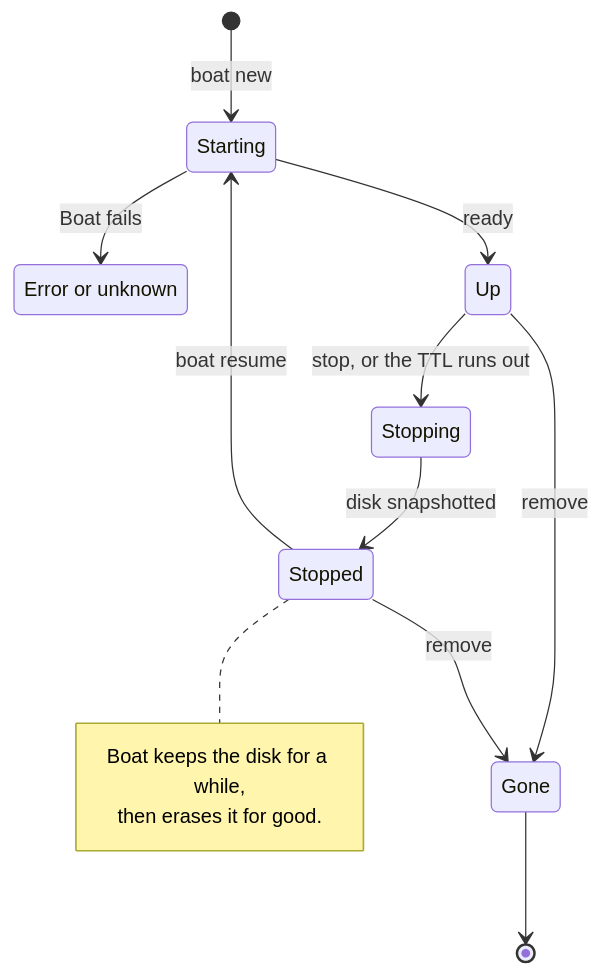
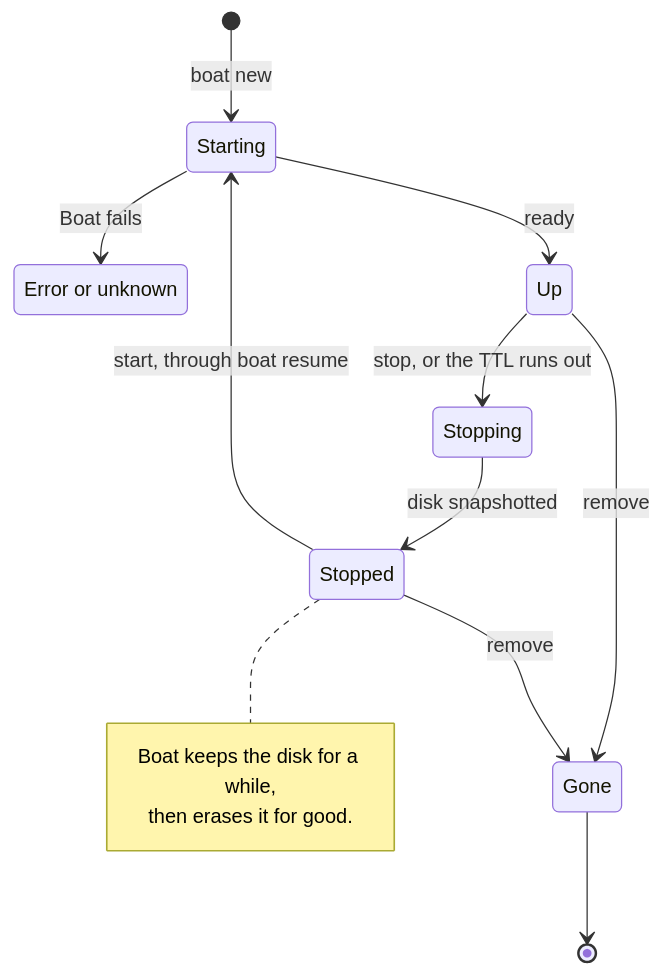
One commit to NextNodeSolutions/workspace changed the second of 9 diagrams in docs/providers/boat.md. Above: the diagram before and after it, drawn with Mermaid. The commit also changed other lines of this file and 14 other files, not shown here.

````diff
--- a/docs/providers/boat.md
+++ b/docs/providers/boat.md
@@ -59,17 +59,17 @@
 ```mermaid
 stateDiagram-v2
     state "Error or unknown" as Other
     [*] --> Starting: boat new
     Starting --> Up: ready
     Starting --> Other: Boat fails
     Up --> Stopping: stop, or the TTL runs out
     Stopping --> Stopped: disk snapshotted
-    Stopped --> Starting: boat resume
+    Stopped --> Starting: start, through boat resume
     Up --> Gone: remove
     Stopped --> Gone: remove
     Gone --> [*]
     note right of Stopped
         Boat keeps the disk for a while,
         then erases it for good.
     end note
 ```
````
